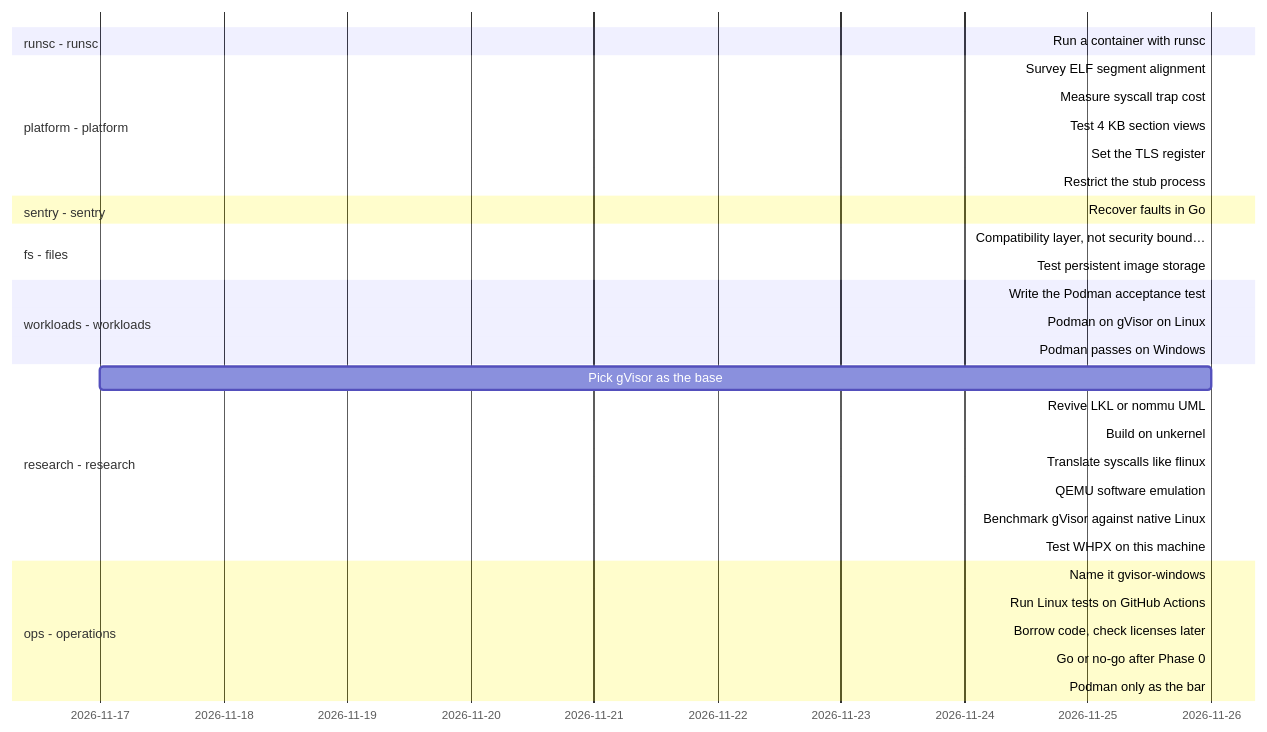
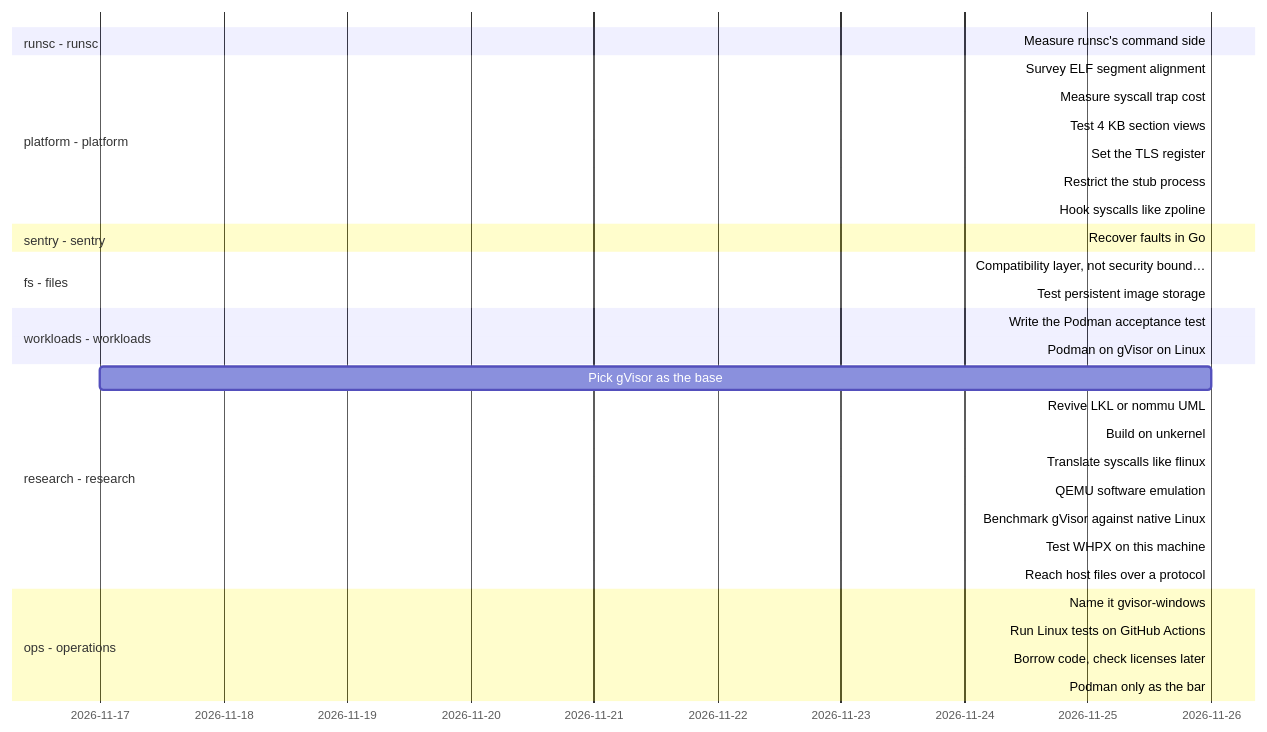
The diagram in docs/roadmap/timeline.md (lhns/gvisor-windows), drawn with Mermaid before and after one commit. The commit also changed other lines of this file and 13 other files, not shown here.

````diff
--- a/docs/roadmap/timeline.md
+++ b/docs/roadmap/timeline.md
@@ -10,36 +10,36 @@
 ```mermaid
 gantt
     dateFormat YYYY-MM-DD
     axisFormat %Y-%m-%d
     section runsc - runsc
-    Run a container with runsc :runsc_container_on_windows, 2026-11-26, 2026-11-26
+    Measure runsc's command side :runsc_measure_cli, 2026-11-26, 2026-11-26
     section platform - platform
     Survey ELF segment alignment :active, platform_elf_alignment_survey, 2026-11-26, 2026-11-26
-    Measure syscall trap cost :active, platform_trap_cost, 2026-11-26, 2026-11-26
-    Test 4 KB section views :active, platform_4k_section_views, 2026-11-26, 2026-11-26
+    Measure syscall trap cost :platform_trap_cost, 2026-11-26, 2026-11-26
+    Test 4 KB section views :platform_4k_section_views, 2026-11-26, 2026-11-26
     Set the TLS register :active, platform_tls_register, 2026-11-26, 2026-11-26
-    Restrict the stub process :active, platform_restricted_stub, 2026-11-26, 2026-11-26
+    Restrict the stub process :platform_restricted_stub, 2026-11-26, 2026-11-26
+    Hook syscalls like zpoline :crit, platform_zpoline_hooks, 2026-11-26, 2026-11-26
     section sentry - sentry
-    Recover faults in Go :active, sentry_go_fault_recovery, 2026-11-26, 2026-11-26
+    Recover faults in Go :sentry_go_fault_recovery, 2026-11-26, 2026-11-26
     section fs - files
     Compatibility layer, not security bound… :fs_compat_layer_not_boundary, 2026-11-26, 2026-11-26
     Test persistent image storage :active, fs_persistent_image_storage, 2026-11-26, 2026-11-26
     section workloads - workloads
     Write the Podman acceptance test :active, workloads_acceptance_test, 2026-11-26, 2026-11-26
     Podman on gVisor on Linux :active, workloads_podman_on_gvisor_linux, 2026-11-26, 2026-11-26
-    Podman passes on Windows :workloads_podman_on_windows, 2026-11-26, 2026-11-26
     section research - research
     Pick gVisor as the base :research_gvisor_base, 2026-11-17, 2026-11-26
     Revive LKL or nommu UML :crit, research_lkl_nommu, 2026-11-26, 2026-11-26
     Build on unkernel :crit, research_unkernel, 2026-11-26, 2026-11-26
     Translate syscalls like flinux :crit, research_flinux_translation, 2026-11-26, 2026-11-26
     QEMU software emulation :crit, research_qemu_emulation, 2026-11-26, 2026-11-26
     Benchmark gVisor against native Linux :active, research_gvisor_benchmark, 2026-11-26, 2026-11-26
-    Test WHPX on this machine :active, research_whpx_this_machine, 2026-11-26, 2026-11-26
+    Test WHPX on this machine :crit, research_whpx_this_machine, 2026-11-26, 2026-11-26
+    Reach host files over a protocol :crit, research_file_protocol, 2026-11-26, 2026-11-26
     section ops - operations
     Name it gvisor-windows :ops_name_and_fork, 2026-11-26, 2026-11-26
     Run Linux tests on GitHub Actions :ops_linux_tests_on_actions, 2026-11-26, 2026-11-26
     Borrow code, check licenses later :ops_borrow_code, 2026-11-26, 2026-11-26
-    Go or no-go after Phase 0 :ops_phase0_go_no_go, 2026-11-26, 2026-11-26
     Podman only as the bar :ops_podman_only_the_bar, 2026-11-26, 2026-11-26
 ```
````
